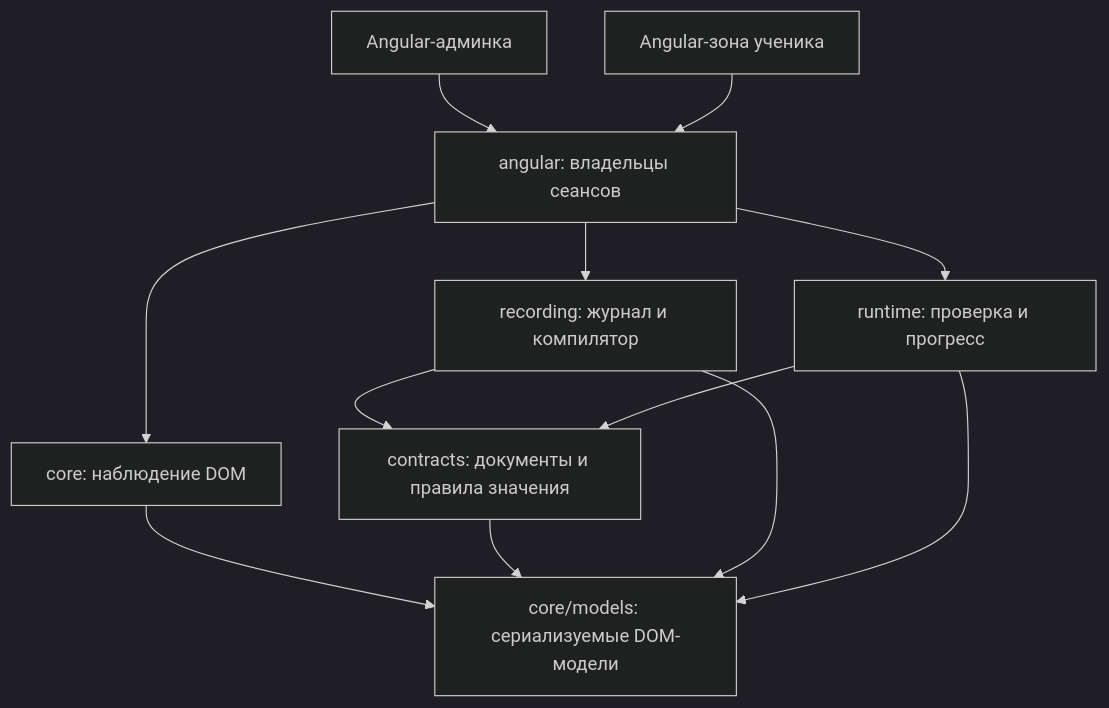
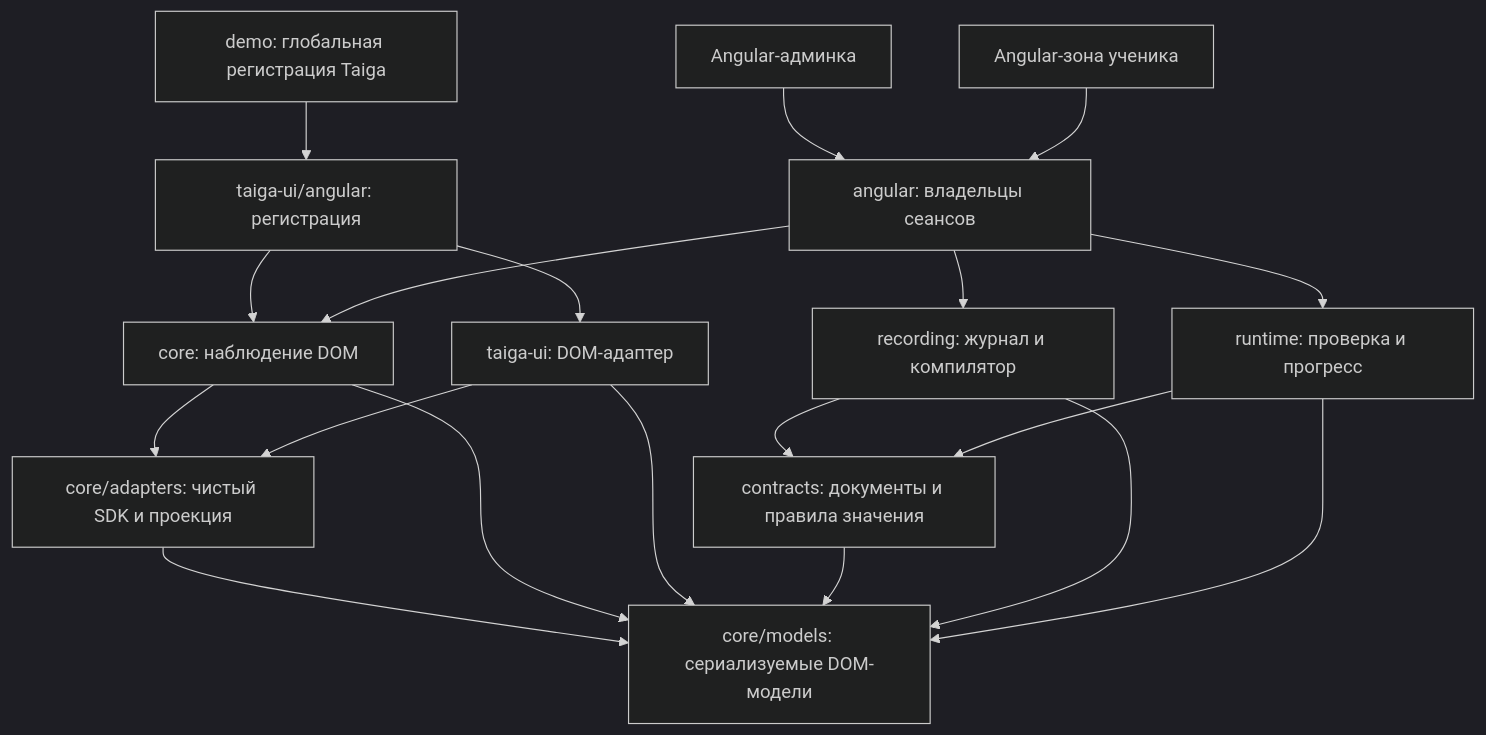
One commit to a1rat91/training-observer changed the first of 2 diagrams in ARCHITECTURE.md. Above: the diagram before and after it, drawn with Mermaid (dark theme). The commit also changed other lines of this file and 67 other files, not shown here.

First line of the commit message:
feat: add composable adapters and isolate Taiga UI

````diff
--- a/ARCHITECTURE.md
+++ b/ARCHITECTURE.md
@@ -11,15 +11,22 @@
 ```mermaid
 flowchart TD
     Models[core/models: сериализуемые DOM-модели]
+    Adapters[core/adapters: чистый SDK и проекция] --> Models
     Core[core: наблюдение DOM] --> Models
+    Core --> Adapters
+    Taiga[taiga-ui: DOM-адаптер] --> Adapters
+    Taiga --> Models
+    TaigaAngular[taiga-ui/angular: регистрация] --> Taiga
+    TaigaAngular --> Core
     Contracts[contracts: документы и правила значения] --> Models
     Recording[recording: журнал и компилятор] --> Contracts
     Recording --> Models
     Runtime[runtime: проверка и прогресс] --> Contracts
     Runtime --> Models
     Angular[angular: владельцы сеансов] --> Core
     Angular --> Recording
     Angular --> Runtime
     Admin[Angular-админка] --> Angular
     Learner[Angular-зона ученика] --> Angular
+    Demo[demo: глобальная регистрация Taiga] --> TaigaAngular
 ```
````
